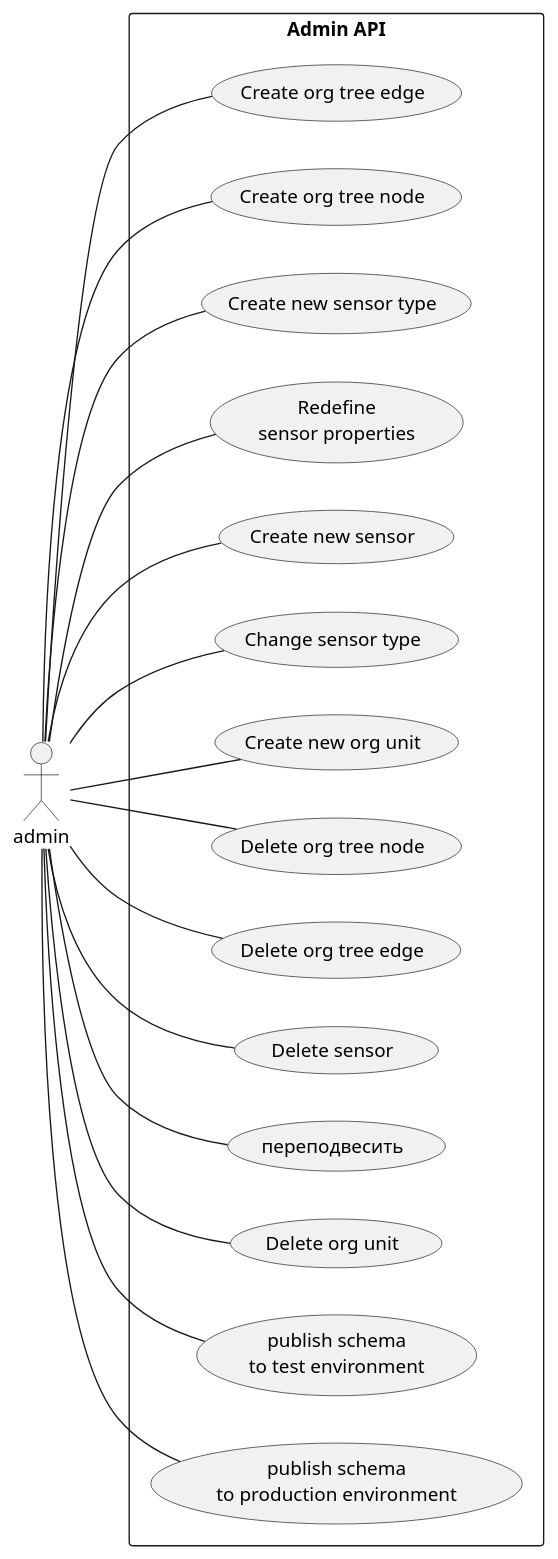
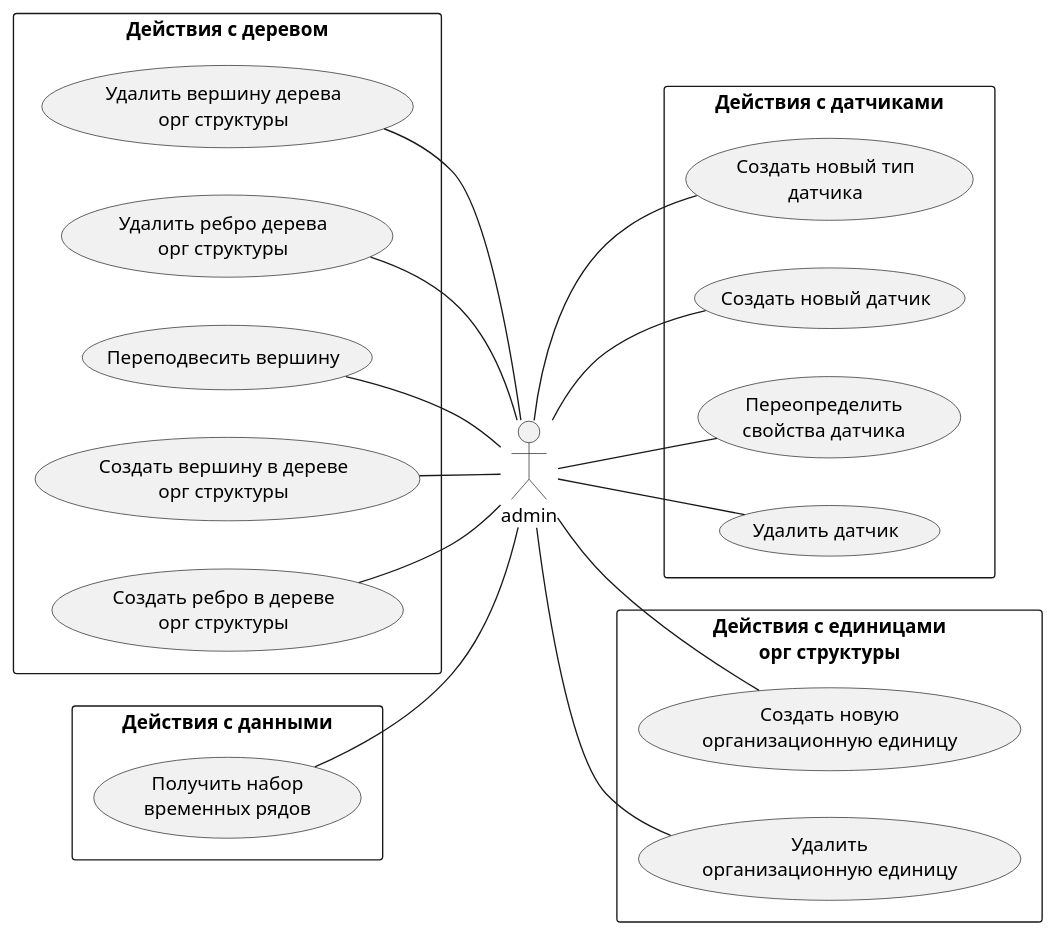
One commit to EngineerXL/diploma changed the diagram in usecases.md. Above: the diagram before and after it, drawn with PlantUML. The commit also changed 4 other files, not shown here.

````diff
--- a/usecases.md
+++ b/usecases.md
@@ -3,34 +3,33 @@
 ```plantuml
 @startuml
 left to right direction
 skinparam packageStyle rect
 
 actor admin
 
-rectangle "Admin API" {
-  admin -- (Create org tree edge)
-  admin -- (Create org tree node)
-  admin -- (Create new sensor type)
-  admin -- (Redefine\nsensor properties)
-  admin -- (Create new sensor)
-  admin -- (Change sensor type)
-  admin -- (Create new org unit)
-  admin -- (Delete org tree node)
-  admin -- (Delete org tree edge)
-  admin -- (Delete sensor)
-  admin -- (переподвесить)
-  admin -- (Delete org unit)
+rectangle "Действия с деревом" {
+  admin -up- (Создать ребро в дереве\nорг структуры)
+  admin -up- (Создать вершину в дереве\nорг структуры)
+  admin -up- (Переподвесить вершину)
+  admin -up- (Удалить ребро дерева\nорг структуры)
+  admin -up- (Удалить вершину дерева\nорг структуры)
+}
 
+rectangle "Действия с данными" {
+  admin -up- (Получить набор\nвременных рядов)
+}
 
-' ?
-  admin -- (publish schema\nto test environment)
-' ?
-  admin -- (publish schema\nto production environment)
+rectangle "Действия с датчиками" {
+  admin -down- (Создать новый тип\nдатчика)
+  admin -down- (Создать новый датчик)
+  admin -down- (Переопределить\nсвойства датчика)
+  admin -down- (Удалить датчик)
+}
 
-'  (checkout) .> (payment) : include
-'  (help) .> (checkout) : extends
-'  (checkout) -> (authorize)
-'  (checkout) -- clerk
+rectangle "Действия с единицами\nорг структуры" {
+  admin -down- (Создать новую\nорганизационную единицу)
+  admin -down- (Удалить\nорганизационную единицу)
 }
+
 @enduml
 ```
````
